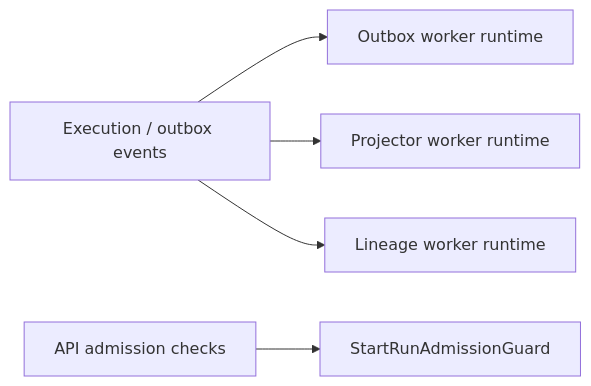
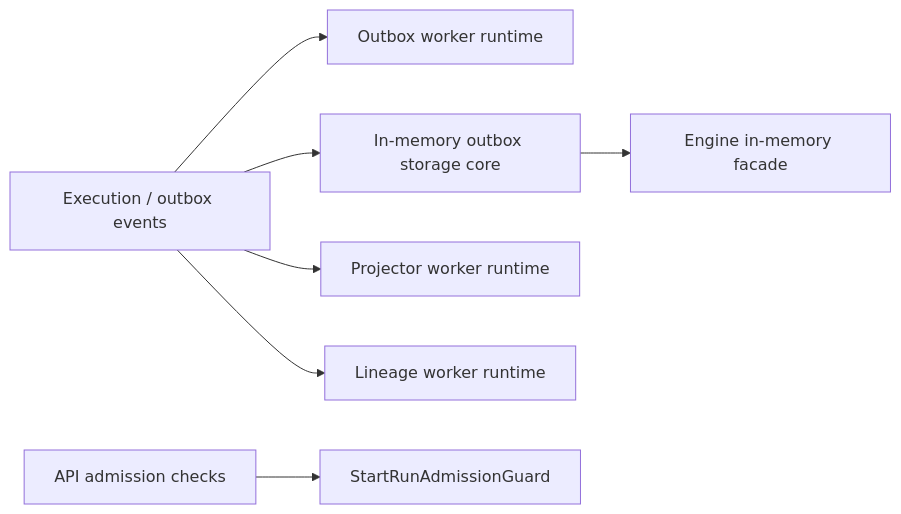
Before and after one commit to dunay2/dvt: the diagram in docs/architecture/components/delivery/delivery-ddd.md, drawn with Mermaid. The commit also changed other lines of this file and 19 other files, not shown here.

Commit message:
refactor(engine): Centralize in-memory outbox ownership

````diff
--- a/docs/architecture/components/delivery/delivery-ddd.md
+++ b/docs/architecture/components/delivery/delivery-ddd.md
@@ -19,7 +19,9 @@
 ```mermaid
 flowchart LR
   Events["Execution / outbox events"] --> Outbox["Outbox worker runtime"]
+  Events --> InMemoryOutbox["In-memory outbox storage core"]
   Events --> Projector["Projector worker runtime"]
   Events --> Lineage["Lineage worker runtime"]
   Admission["API admission checks"] --> Guard["StartRunAdmissionGuard"]
+  InMemoryOutbox --> EngineFacade["Engine in-memory facade"]
 ```
````
